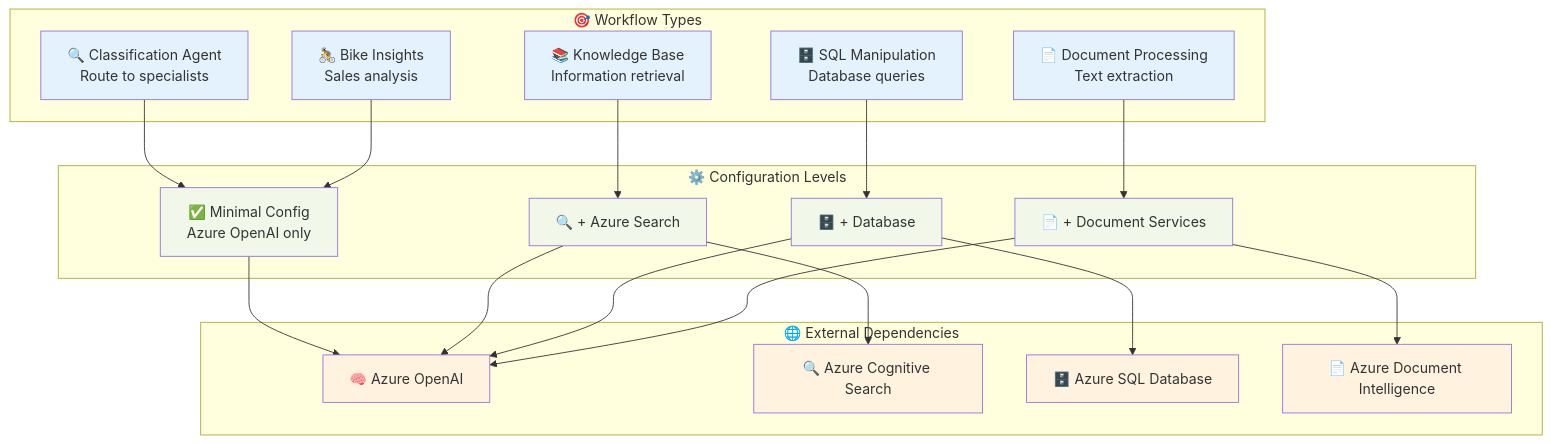
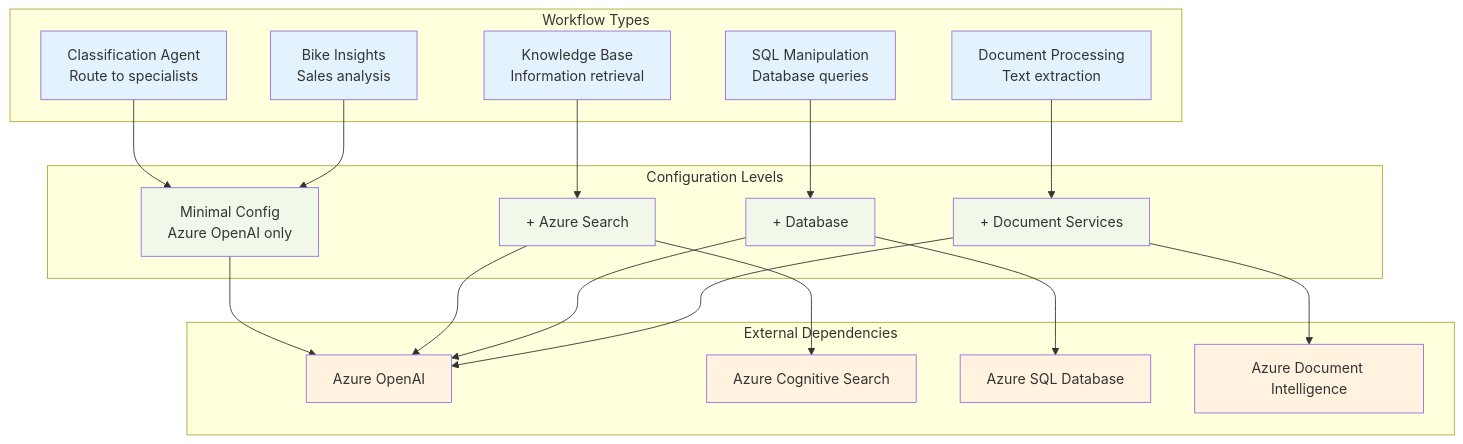
The first of 12 diagrams in docs/workflows/README.md (the-ingenious-dark-knight/Insight_Ingenious), drawn with Mermaid before and after one commit. The commit also changed other lines of this file and 13 other files, not shown here.

````diff
--- a/docs/workflows/README.md
+++ b/docs/workflows/README.md
@@ -18,49 +18,49 @@
 ```mermaid
 graph TB
-    subgraph "🎯 Workflow Types"
-        CLASSIFICATION[🔍 Classification Agent<br/>Route to specialists]
-        BIKE[🚴 Bike Insights<br/>Sales analysis]
-        KNOWLEDGE[📚 Knowledge Base<br/>Information retrieval]
-        SQL[🗄️ SQL Manipulation<br/>Database queries]
-        DOCUMENT[📄 Document Processing<br/>Text extraction]
+    subgraph "Workflow Types"
+        CLASSIFICATION[Classification Agent<br/>Route to specialists]
+        BIKE[Bike Insights<br/>Sales analysis]
+        KNOWLEDGE[Knowledge Base<br/>Information retrieval]
+        SQL[SQL Manipulation<br/>Database queries]
+        DOCUMENT[Document Processing<br/>Text extraction]
     end
     
-    subgraph "⚙️ Configuration Levels"
-        MINIMAL[✅ Minimal Config<br/>Azure OpenAI only]
-        SEARCH[🔍 + Azure Search]
-        DATABASE[🗄️ + Database]
-        SERVICES[📄 + Document Services]
+    subgraph "Configuration Levels"
+        MINIMAL[Minimal Config<br/>Azure OpenAI only]
+        SEARCH[+ Azure Search]
+        DATABASE[+ Database]
+        SERVICES[+ Document Services]
     end
     
-    subgraph "🌐 External Dependencies"
-        AZURE_OPENAI[🧠 Azure OpenAI]
-        AZURE_SEARCH[🔍 Azure Cognitive Search]
-        AZURE_SQL[🗄️ Azure SQL Database]
-        AZURE_DOC[📄 Azure Document Intelligence]
+    subgraph "External Dependencies"
+        AZURE_OPENAI[Azure OpenAI]
+        AZURE_SEARCH[Azure Cognitive Search]
+        AZURE_SQL[Azure SQL Database]
+        AZURE_DOC[Azure Document Intelligence]
     end
     
     CLASSIFICATION --> MINIMAL
     BIKE --> MINIMAL
     
     KNOWLEDGE --> SEARCH
     
     SQL --> DATABASE
     
     DOCUMENT --> SERVICES
     
     MINIMAL --> AZURE_OPENAI
     SEARCH --> AZURE_OPENAI
     SEARCH --> AZURE_SEARCH
     DATABASE --> AZURE_OPENAI
     DATABASE --> AZURE_SQL
     SERVICES --> AZURE_OPENAI
     SERVICES --> AZURE_DOC
     
     classDef workflow fill:#e3f2fd
     classDef config fill:#f1f8e9
     classDef external fill:#fff3e0
     
     class CLASSIFICATION,BIKE,KNOWLEDGE,SQL,DOCUMENT workflow
     class MINIMAL,SEARCH,DATABASE,SERVICES config
     class AZURE_OPENAI,AZURE_SEARCH,AZURE_SQL,AZURE_DOC external
 ```
````
